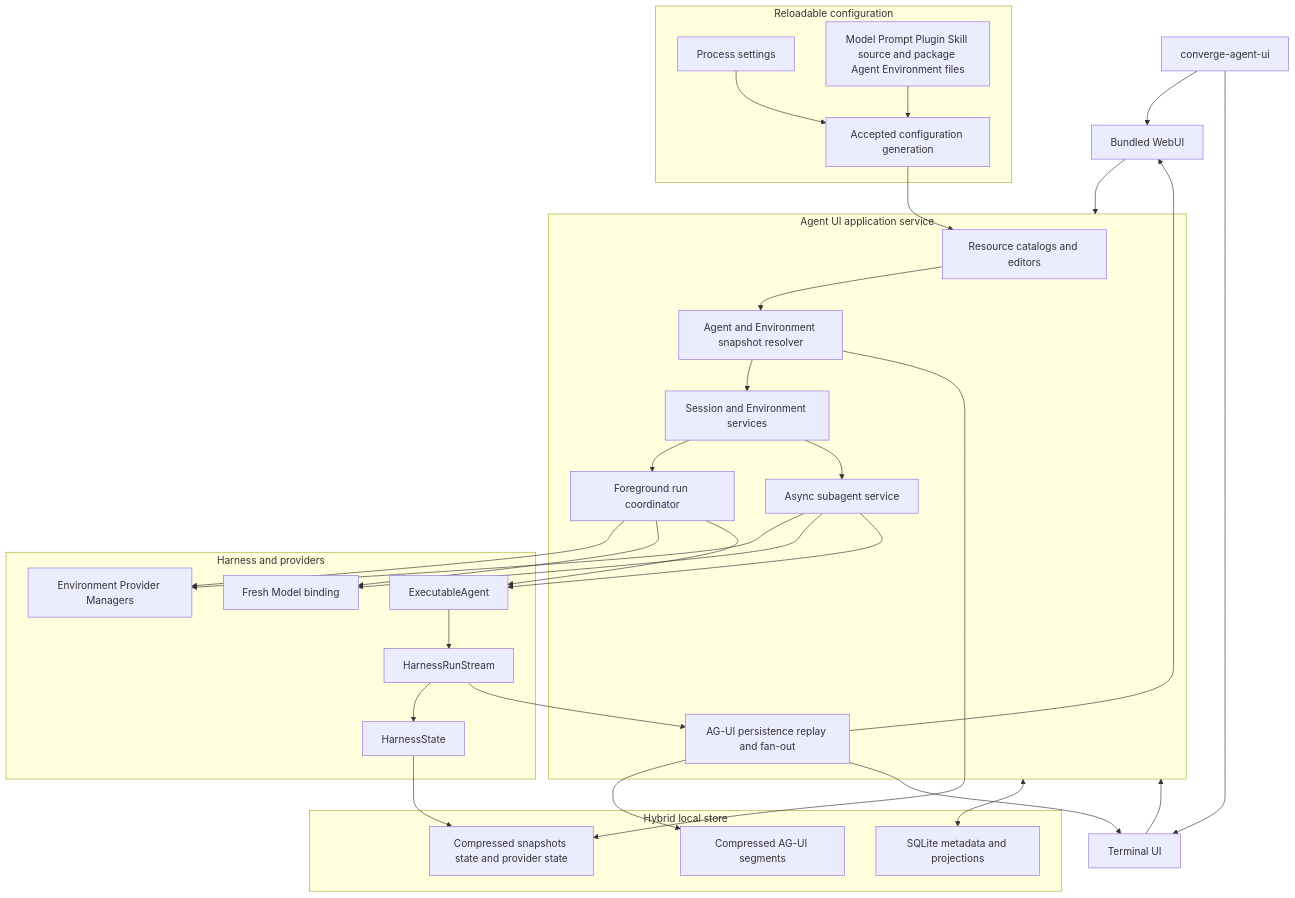
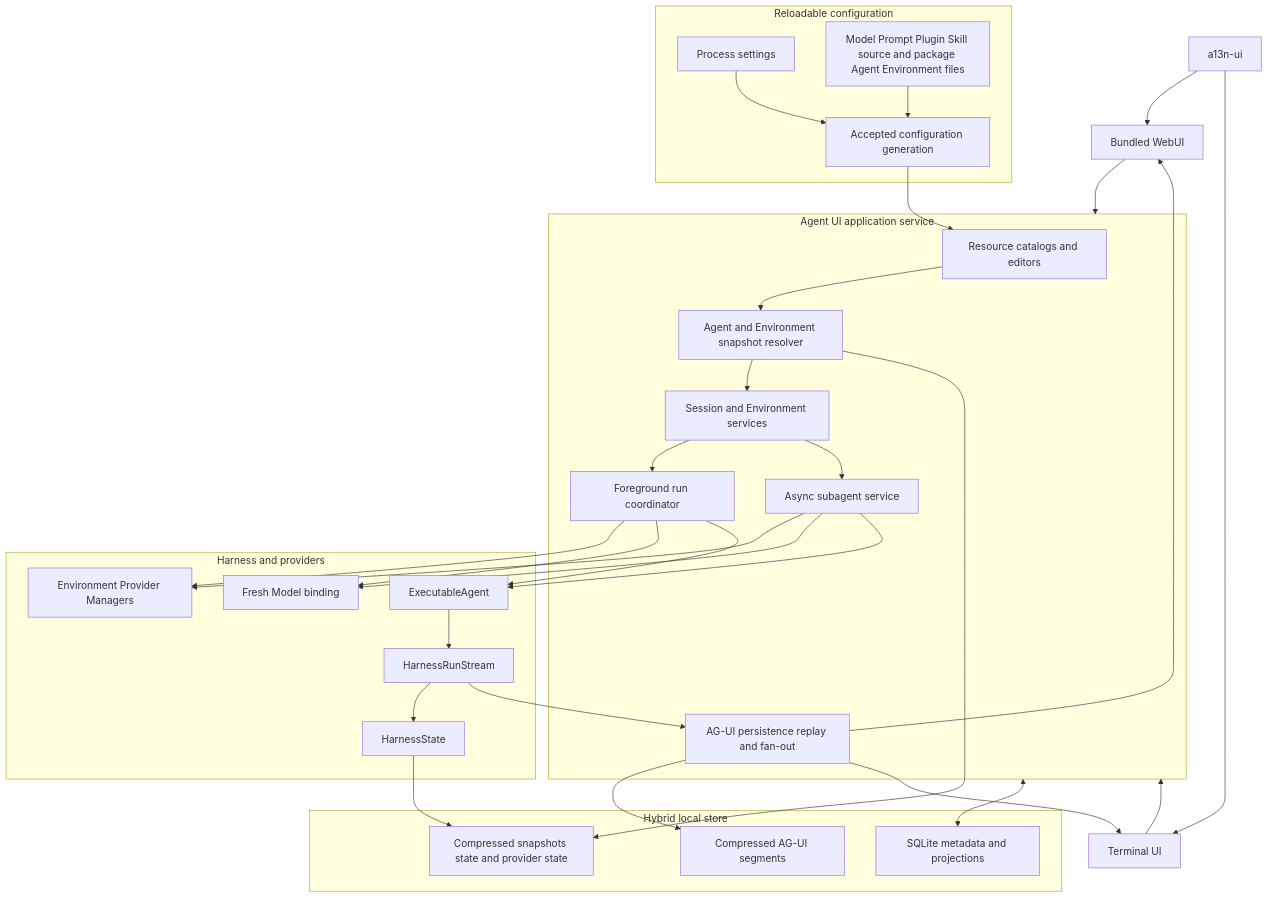
Before and after one commit to LTThreeComma/agent-foundation: the second of 3 diagrams in spec/agent-ui/00-overview.md, drawn with Mermaid. The commit also changed other lines of this file and 563 other files, not shown here.

````diff
--- a/spec/agent-ui/00-overview.md
+++ b/spec/agent-ui/00-overview.md
@@ -73,51 +73,51 @@
 ```mermaid
 flowchart TB
-    CLI[converge-agent-ui]
+    CLI[a13n-ui]
     Web[Bundled WebUI]
     TUI[Terminal UI]
 
     subgraph Configuration[Reloadable configuration]
         Settings[Process settings]
         Definitions[Model Prompt Plugin Skill source and package Agent Environment files]
         Generation[Accepted configuration generation]
     end
 
     subgraph App[Agent UI application service]
         Catalogs[Resource catalogs and editors]
         Resolver[Agent and Environment snapshot resolver]
         Sessions[Session and Environment services]
         Runs[Foreground run coordinator]
         Jobs[Async subagent service]
         Events[AG-UI persistence replay and fan-out]
     end
 
     subgraph Store[Hybrid local store]
         DB[SQLite metadata and projections]
         Objects[Compressed snapshots state and provider state]
         Segments[Compressed AG-UI segments]
     end
 
     subgraph Runtime[Harness and providers]
         Provider[Environment Provider Managers]
         Model[Fresh Model binding]
         Executable[ExecutableAgent]
         Stream[HarnessRunStream]
         State[HarnessState]
     end
 
     Settings & Definitions --> Generation --> Catalogs
     CLI --> Web
     CLI --> TUI
     Web & TUI --> App
     Catalogs --> Resolver
     Resolver --> Sessions
     Sessions --> Runs & Jobs
     App <--> DB
     Resolver --> Objects
     Runs & Jobs --> Provider
     Runs & Jobs --> Model
     Runs & Jobs --> Executable --> Stream --> State
     State --> Objects
     Stream --> Events --> Segments
     Events --> Web & TUI
 ```
````
